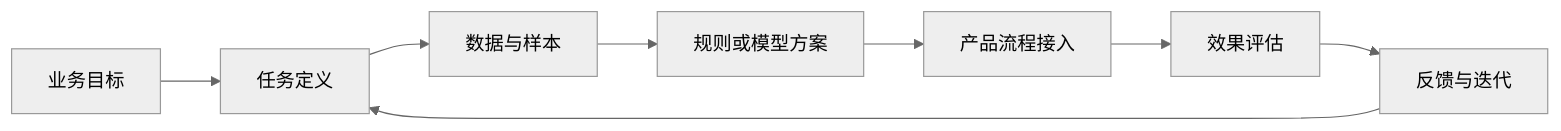
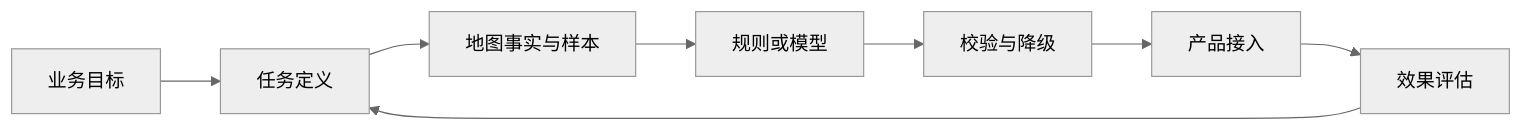
The third of 3 diagrams in docs/job/jd-breakdowns/bytedance-business-platform-pm.md (AI-PM-Wiki/AIPM), drawn with Mermaid (neutral theme) before and after one commit. The commit also changed other lines of this file and 17 other files, not shown here.

````diff
--- a/docs/job/jd-breakdowns/bytedance-business-platform-pm.md
+++ b/docs/job/jd-breakdowns/bytedance-business-platform-pm.md
@@ -174,10 +260,10 @@
 ```mermaid
 flowchart LR
     A[业务目标] --> B[任务定义]
-    B --> C[数据与样本]
-    C --> D[规则或模型方案]
-    D --> E[产品流程接入]
-    E --> F[效果评估]
-    F --> G[反馈与迭代]
+    B --> C[地图事实与样本]
+    C --> D[规则或模型]
+    D --> E[校验与降级]
+    E --> F[产品接入]
+    F --> G[效果评估]
     G --> B
 ```
````
